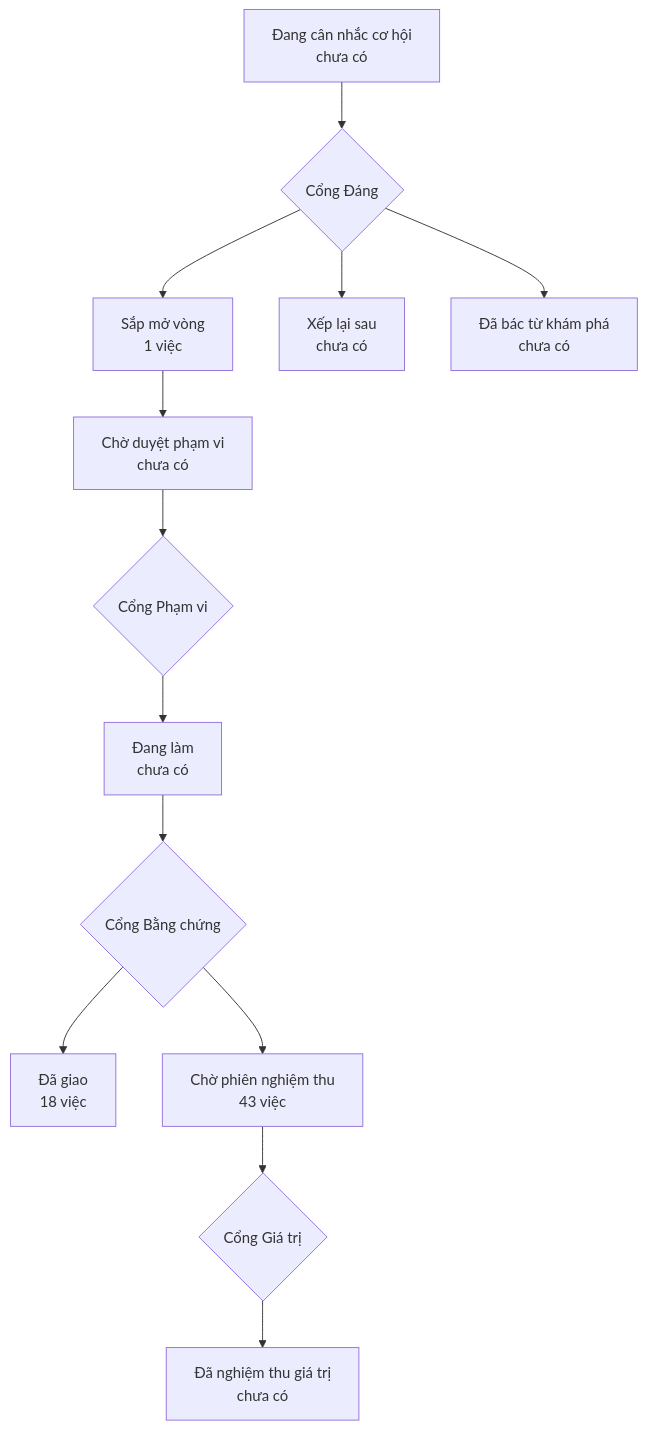
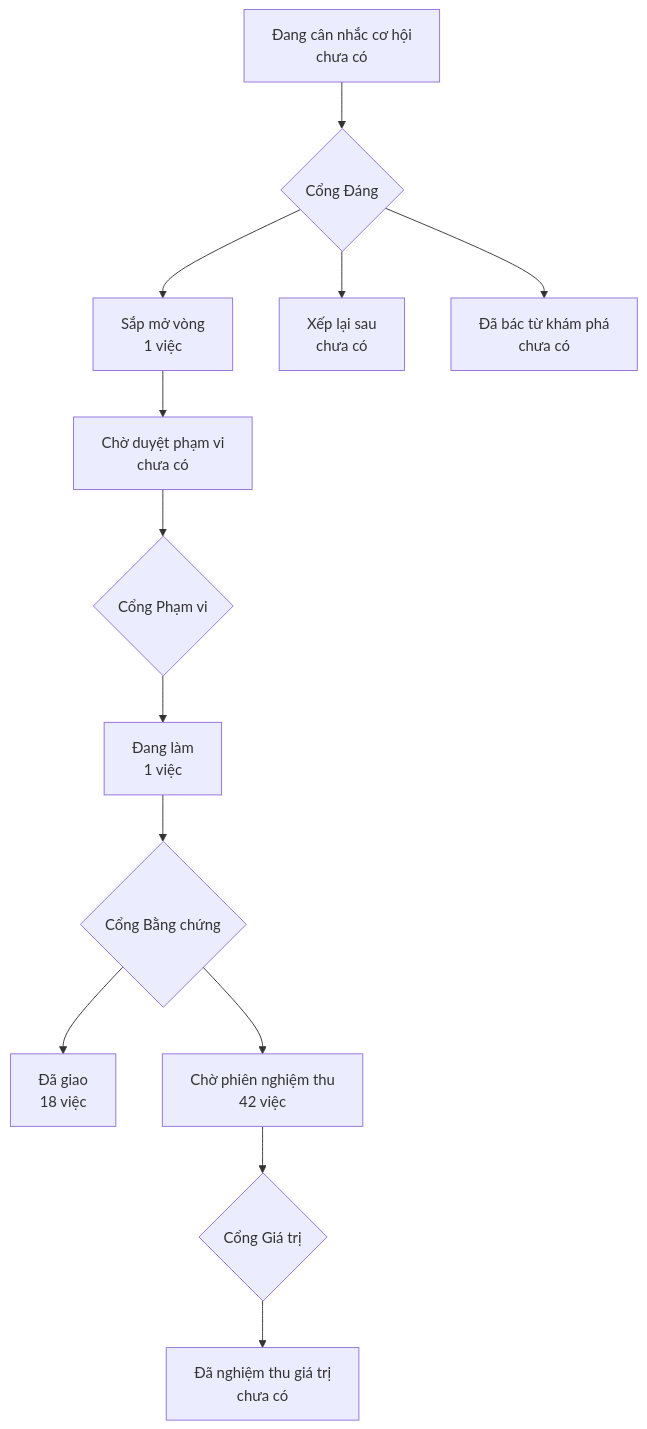
The diagram in PRODUCT-MAP.md (phanlemanh/onehub-quy-hang), drawn with Mermaid before and after one commit. The commit also changed other lines of this file and 3 other files, not shown here.

````diff
--- a/PRODUCT-MAP.md
+++ b/PRODUCT-MAP.md
@@ -7,12 +7,12 @@
 ```mermaid
 flowchart TD
   A["Đang cân nhắc cơ hội<br/>chưa có"] --> GD{"Cổng Đáng"}
   GD --> B["Sắp mở vòng<br/>1 việc"]
   GD --> XL["Xếp lại sau<br/>chưa có"]
   GD --> DB["Đã bác từ khám phá<br/>chưa có"]
   B --> CD["Chờ duyệt phạm vi<br/>chưa có"] --> GP{"Cổng Phạm vi"}
-  GP --> DL["Đang làm<br/>chưa có"] --> GB{"Cổng Bằng chứng"}
+  GP --> DL["Đang làm<br/>1 việc"] --> GB{"Cổng Bằng chứng"}
   GB --> DG["Đã giao<br/>18 việc"]
-  GB --> CN["Chờ phiên nghiệm thu<br/>43 việc"] --> GG{"Cổng Giá trị"}
+  GB --> CN["Chờ phiên nghiệm thu<br/>42 việc"] --> GG{"Cổng Giá trị"}
   GG --> NT["Đã nghiệm thu giá trị<br/>chưa có"]
 ```
````
